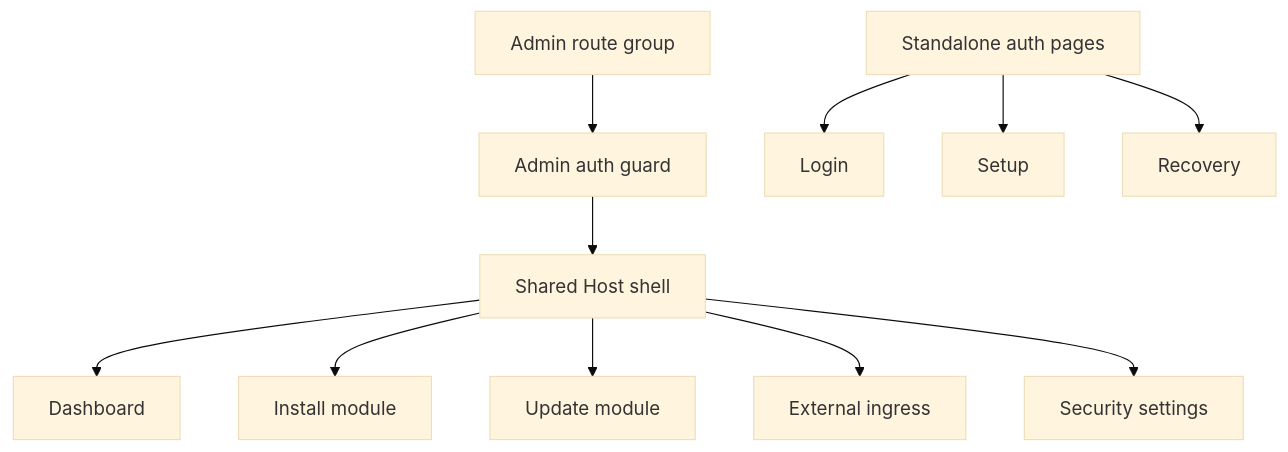
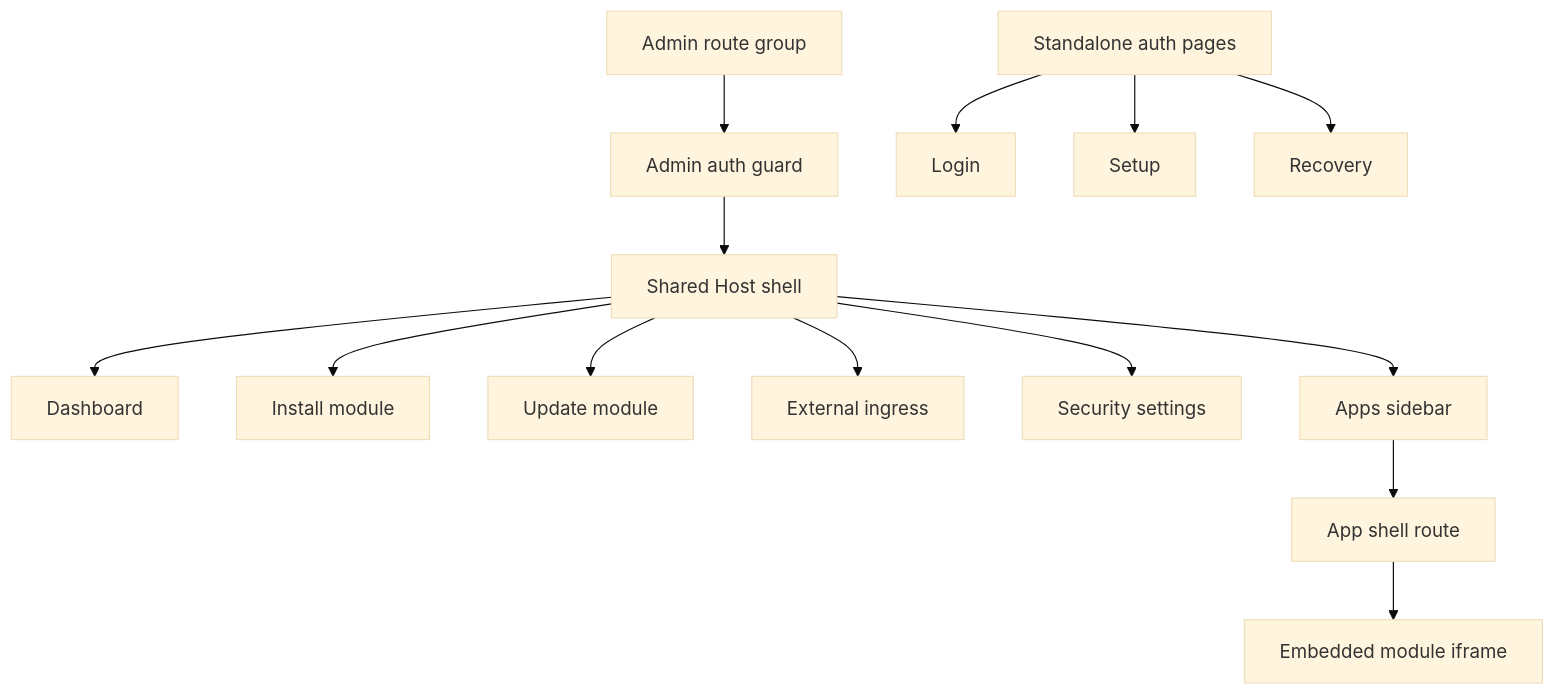
One commit to alex-de-haas/docker-host changed the diagram in docs/features/host-app-shell.md. Above: the diagram before and after it, drawn with Mermaid (base theme). The commit also changed other lines of this file and 13 other files, not shown here.

Commit message:
Implement phase 4 host app shell

````diff
--- a/docs/features/host-app-shell.md
+++ b/docs/features/host-app-shell.md
@@ -47,13 +59,16 @@
 ```mermaid
 flowchart TD
   A["Admin route group"] --> B["Admin auth guard"]
   B --> C["Shared Host shell"]
   C --> D["Dashboard"]
   C --> E["Install module"]
   C --> F["Update module"]
   C --> G["External ingress"]
   C --> H["Security settings"]
+  C --> M["Apps sidebar"]
+  M --> N["App shell route"]
+  N --> O["Embedded module iframe"]
   I["Standalone auth pages"] --> J["Login"]
   I --> K["Setup"]
   I --> L["Recovery"]
 ```
````
